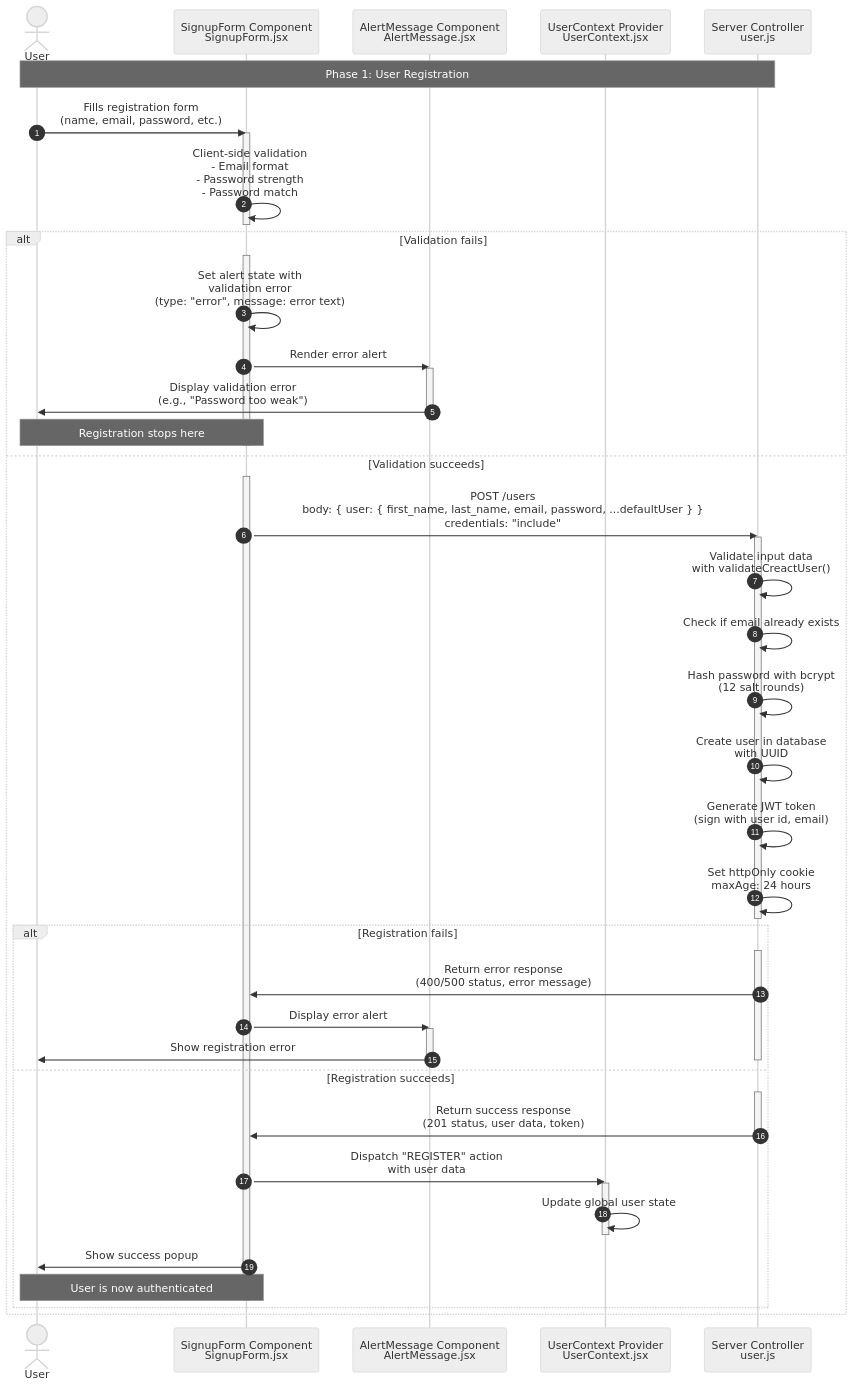
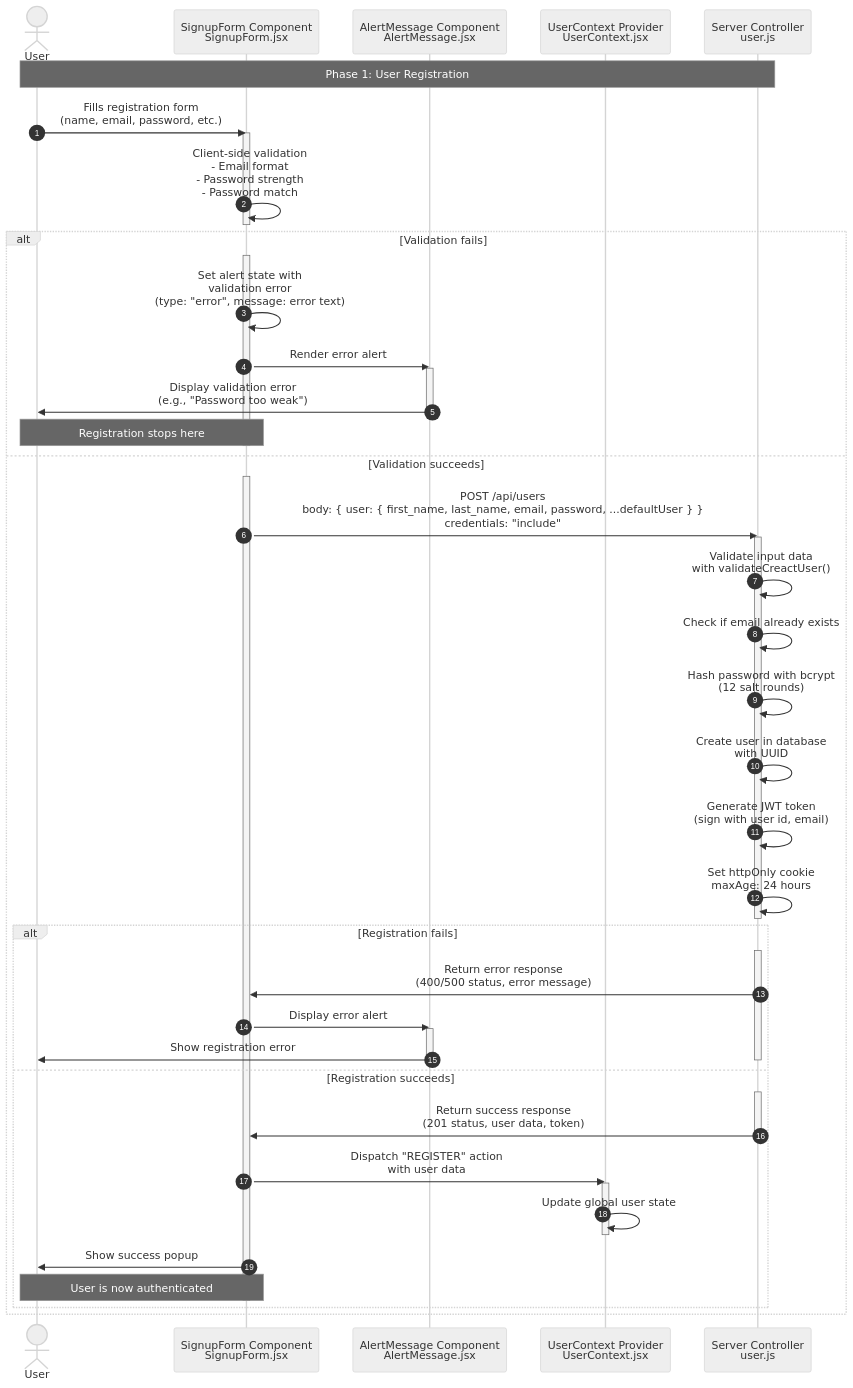
Before and after one commit to YahyaAl-Ademi/2025.10.23-JobCompass: the diagram in documentation/authentication/1.User Registration.md, drawn with Mermaid (neutral theme). The commit also changed 10 other files, not shown here.

Commit message:
Update API endpoints in authentication and job fetch documentation to include '/api' prefix for consistency

````diff
--- a/documentation/authentication/1.User Registration.md
+++ b/documentation/authentication/1.User Registration.md
@@ -7,67 +7,67 @@
 ```mermaid
 sequenceDiagram
     autonumber
     actor User
     %% File paths:
     %% SignupForm: client/src/pages/SignupForm.jsx
     %% AlertMessage: client/src/components/AlertMessage/AlertMessage.jsx
     %% UserContext: client/src/context/UserContext.jsx
     %% createUser: server/src/controllers/user.js
     participant SignupForm as SignupForm Component<br/>SignupForm.jsx
     participant AlertMessage as AlertMessage Component<br/>AlertMessage.jsx
     participant UserContext as UserContext Provider<br/>UserContext.jsx
     participant Server as Server Controller<br/>user.js
 
     Note over User,Server: Phase 1: User Registration
     User->>SignupForm: Fills registration form<br/>(name, email, password, etc.)
     activate SignupForm
 
     SignupForm->>SignupForm: Client-side validation<br/>- Email format<br/>- Password strength<br/>- Password match
     deactivate SignupForm
 
     alt Validation fails
         activate SignupForm
         SignupForm->>SignupForm: Set alert state with<br/>validation error<br/>(type: "error", message: error text)
         SignupForm->>AlertMessage: Render error alert
         activate AlertMessage
         AlertMessage->>User: Display validation error<br/>(e.g., "Password too weak")
         deactivate AlertMessage
         Note over SignupForm,User: Registration stops here
         deactivate SignupForm
     else Validation succeeds
         activate SignupForm
-        SignupForm->>Server: POST /users<br/>body: { user: { first_name, last_name, email, password, ...defaultUser } }<br/>credentials: "include"
+        SignupForm->>Server: POST /api/users<br/>body: { user: { first_name, last_name, email, password, ...defaultUser } }<br/>credentials: "include"
         activate Server
 
         Server->>Server: Validate input data<br/>with validateCreactUser()
         Server->>Server: Check if email already exists
         Server->>Server: Hash password with bcrypt<br/>(12 salt rounds)
         Server->>Server: Create user in database<br/>with UUID
         Server->>Server: Generate JWT token<br/>(sign with user id, email)
         Server->>Server: Set httpOnly cookie<br/>maxAge: 24 hours
         deactivate Server
 
         alt Registration fails
             activate Server
             Server->>SignupForm: Return error response<br/>(400/500 status, error message)
             SignupForm->>AlertMessage: Display error alert
             activate AlertMessage
             AlertMessage->>User: Show registration error
             deactivate AlertMessage
             deactivate Server
         else Registration succeeds
             activate Server
             Server->>SignupForm: Return success response<br/>(201 status, user data, token)
             deactivate Server
 
             SignupForm->>UserContext: Dispatch "REGISTER" action<br/>with user data
             activate UserContext
             UserContext->>UserContext: Update global user state
             deactivate UserContext
 
             SignupForm->>User: Show success popup
             Note over SignupForm,User: User is now authenticated
             deactivate SignupForm
         end
     end
 ```
````
